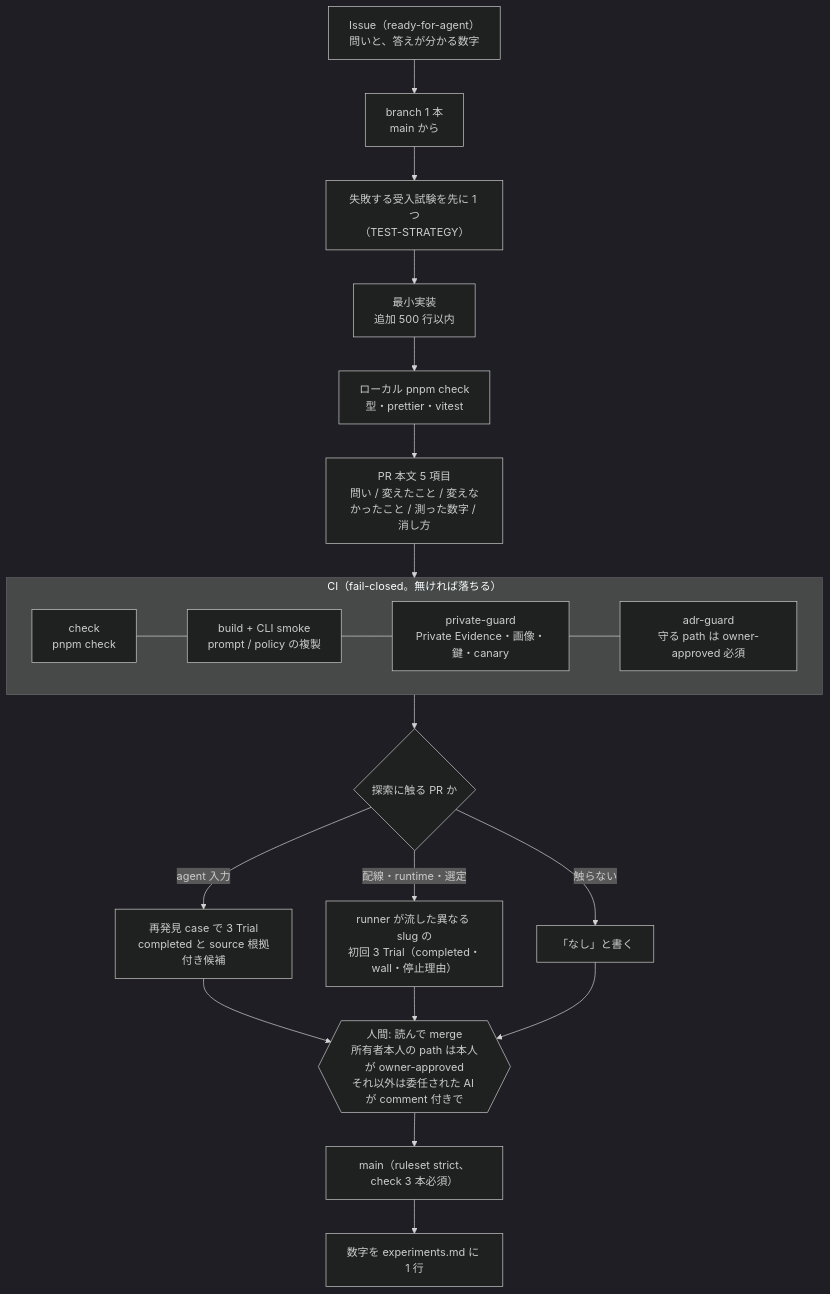
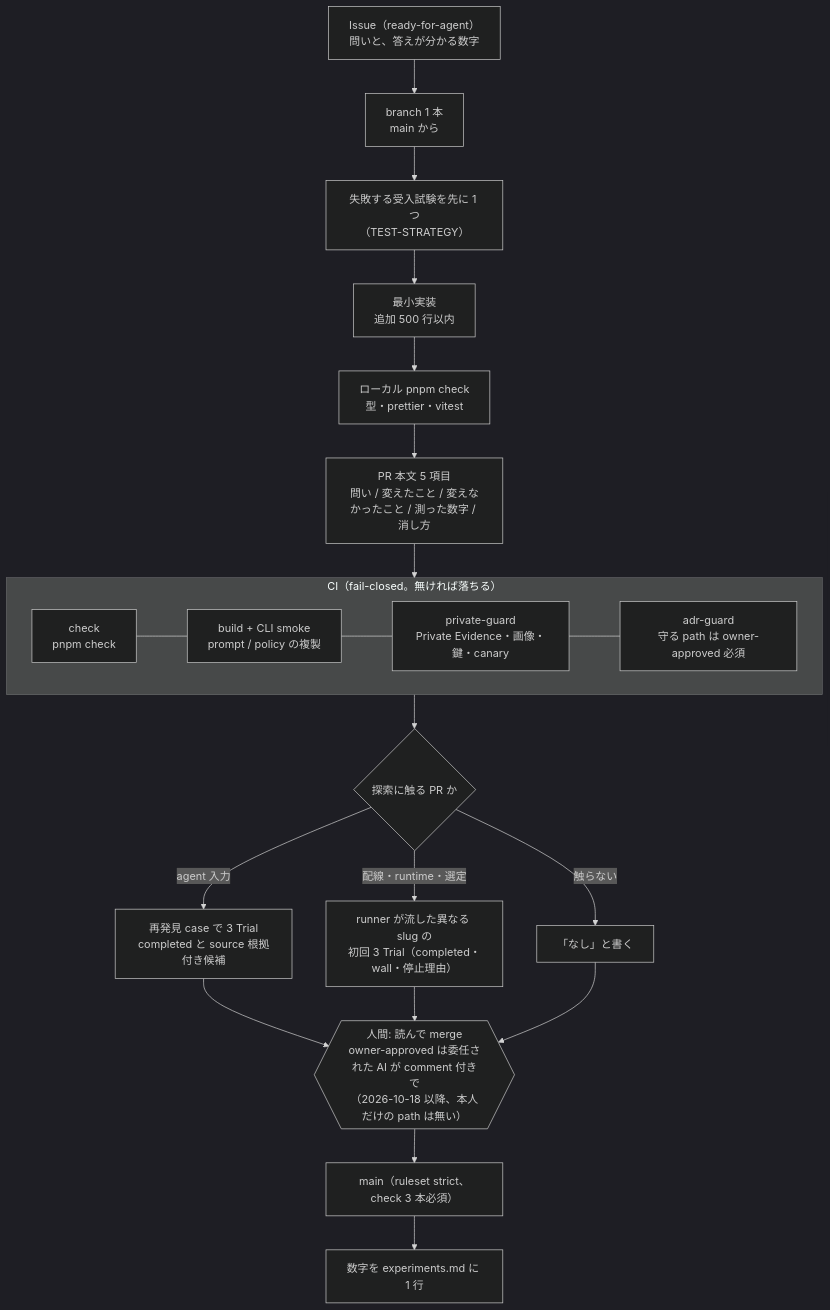
One commit to momoponwork1415-lgtm/wordpress-bounty-harness changed the third of 6 diagrams in docs/FACTORY.md. Above: the diagram before and after it, drawn with Mermaid (dark theme). The commit also changed other lines of this file and 4 other files, not shown here.

````diff
--- a/docs/FACTORY.md
+++ b/docs/FACTORY.md
@@ -56,23 +56,23 @@
 ```mermaid
 flowchart TB
   I["Issue（ready-for-agent）<br/>問いと、答えが分かる数字"] --> B["branch 1 本<br/>main から"]
   B --> T["失敗する受入試験を先に 1 つ<br/>（TEST-STRATEGY）"]
   T --> C["最小実装<br/>追加 500 行以内"]
   C --> L["ローカル pnpm check<br/>型・prettier・vitest"]
   L --> PRB["PR 本文 5 項目<br/>問い / 変えたこと / 変えなかったこと / 測った数字 / 消し方"]
   PRB --> CI
   subgraph CI["CI（fail-closed。無ければ落ちる）"]
     direction LR
     G1["check<br/>pnpm check"] --- G2["build + CLI smoke<br/>prompt / policy の複製"] --- G3["private-guard<br/>Private Evidence・画像・鍵・canary"] --- G4["adr-guard<br/>守る path は owner-approved 必須"]
   end
   CI --> N{"探索に触る PR か"}
   N -->|agent 入力| N1["再発見 case で 3 Trial<br/>completed と source 根拠付き候補"]
   N -->|配線・runtime・選定| N2["runner が流した異なる slug の<br/>初回 3 Trial（completed・wall・停止理由）"]
   N -->|触らない| N3["「なし」と書く"]
   N1 --> H
   N2 --> H
   N3 --> H
-  H{{"人間: 読んで merge<br/>所有者本人の path は本人が owner-approved<br/>それ以外は委任された AI が comment 付きで"}}
+  H{{"人間: 読んで merge<br/>owner-approved は委任された AI が comment 付きで<br/>（2026-10-18 以降、本人だけの path は無い）"}}
   H --> M["main（ruleset strict、check 3 本必須）"]
   M --> R["数字を experiments.md に 1 行"]
 ```
````
